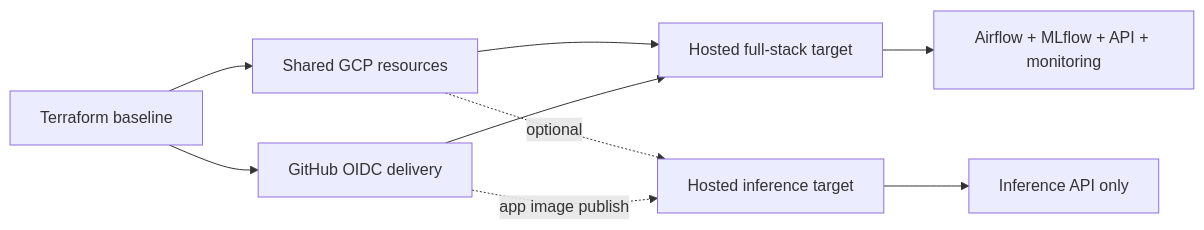
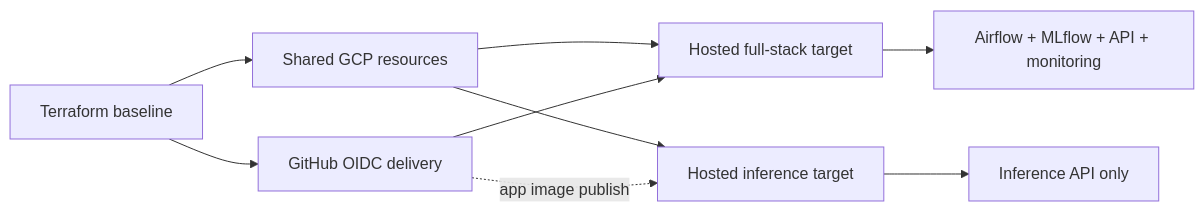
The first of 2 diagrams in docs/site/system/cloud-mapping.md (javihslu/foehncast), drawn with Mermaid before and after one commit. The commit also changed other lines of this file and 5 other files, not shown here.

```diff
--- a/docs/site/system/cloud-mapping.md
+++ b/docs/site/system/cloud-mapping.md
@@ -55,11 +55,11 @@
 <div class="mermaid">
 flowchart LR
     TF[Terraform baseline] --> GCP[Shared GCP resources]
     GCP --> HOST[Hosted full-stack target]
-    GCP -. optional .-> RUN[Hosted inference target]
+    GCP --> RUN[Hosted inference target]
     TF --> GH[GitHub OIDC delivery]
     HOST --> STACK[Airflow + MLflow + API + monitoring]
     RUN --> API[Inference API only]
     GH --> HOST
     GH -. app image publish .-> RUN
 </div>
```
